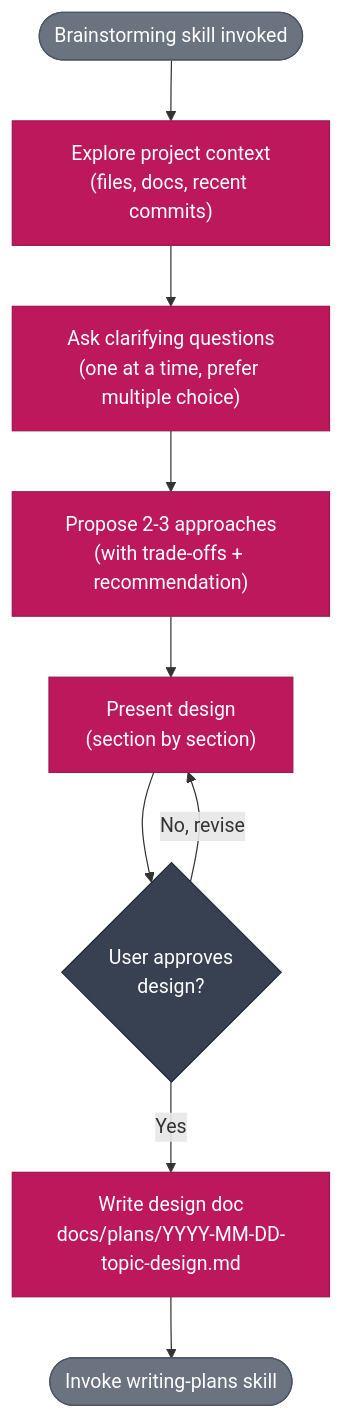
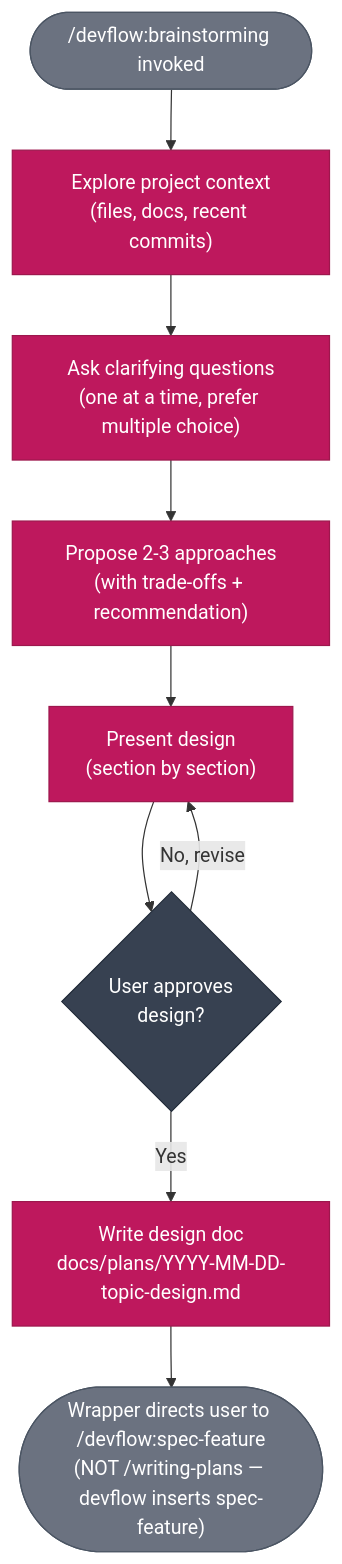
Before and after one commit to AndreJorgeLopes/devflow: the second of 6 diagrams in visualizations/workflows/development-workflow.md, drawn with Mermaid. The commit also changed other lines of this file and 30 other files, not shown here.

Commit message:
refactor(docs+tasks+viz): purge agent-deck/superpowers refs; align with /devflow:* wrapper convention (#35)

````diff
--- a/visualizations/workflows/development-workflow.md
+++ b/visualizations/workflows/development-workflow.md
@@ -98,29 +82,29 @@
 ```mermaid
 %%{init: {'flowchart': {'rankSpacing': 50, 'nodeSpacing': 30, 'diagramPadding': 15}}}%%
 graph TD
-    B_START(["Brainstorming skill invoked"])
+    B_START(["/devflow:brainstorming invoked"])
     B_CTX["Explore project context<br/>(files, docs, recent commits)"]
     B_Q["Ask clarifying questions<br/>(one at a time, prefer multiple choice)"]
     B_APPROACH["Propose 2-3 approaches<br/>(with trade-offs + recommendation)"]
     B_DESIGN["Present design<br/>(section by section)"]
     B_OK{"User approves<br/>design?"}
     B_DOC["Write design doc<br/>docs/plans/YYYY-MM-DD-topic-design.md"]
-    B_NEXT(["Invoke writing-plans skill"])
+    B_NEXT(["Wrapper directs user to /devflow:spec-feature<br/>(NOT /writing-plans — devflow inserts spec-feature)"])
 
     B_START --> B_CTX
     B_CTX --> B_Q
     B_Q --> B_APPROACH
     B_APPROACH --> B_DESIGN
     B_DESIGN --> B_OK
     B_OK -->|"No, revise"| B_DESIGN
     B_OK -->|"Yes"| B_DOC
     B_DOC --> B_NEXT
 
     classDef skillsStyle fill:#be185d,color:#fff,stroke:#9d174d
     classDef decisionStyle fill:#374151,color:#fff,stroke:#1f2937
     classDef terminalStyle fill:#6b7280,color:#fff,stroke:#4b5563
 
     class B_CTX,B_Q,B_APPROACH,B_DESIGN,B_DOC skillsStyle
     class B_OK decisionStyle
     class B_START,B_NEXT terminalStyle
 ```
````
